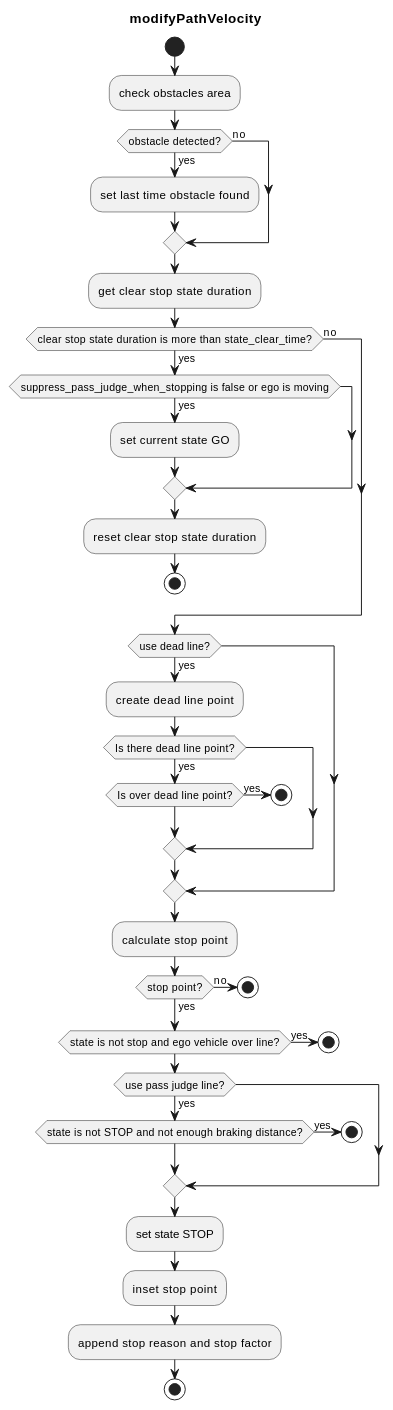
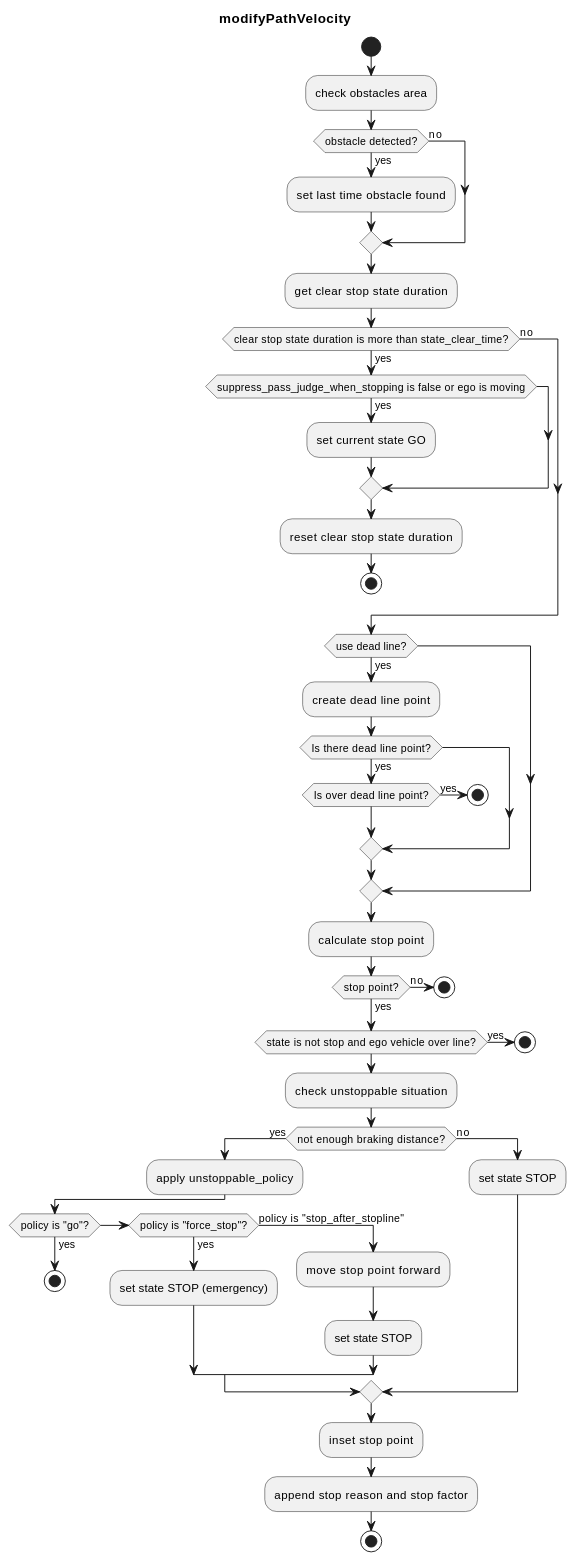
The diagram in planning/behavior_velocity_planner/autoware_behavior_velocity_detection_area_module/README.md (tier4/autoware_universe), drawn with PlantUML before and after one commit. The commit also changed other lines of this file and 4 other files, not shown here.

````diff
--- a/planning/behavior_velocity_planner/autoware_behavior_velocity_detection_area_module/README.md
+++ b/planning/behavior_velocity_planner/autoware_behavior_velocity_detection_area_module/README.md
@@ -61,59 +64,68 @@
 ```plantuml
 @startuml
 title modifyPathVelocity
 start
 
 :check obstacles area;
 
 if (obstacle detected?) then (no)
 else (yes)
   :set last time obstacle found;
 endif
 
 :get clear stop state duration;
 
 if (clear stop state duration is more than state_clear_time?) then (yes)
   if (suppress_pass_judge_when_stopping is false or ego is moving) then (yes)
     :set current state GO;
   endif
   :reset clear stop state duration;
   stop
 else (no)
 endif
 
 if (use dead line?) then (yes)
   :create dead line point;
   if (Is there dead line point?) then (yes)
     if (Is over dead line point?) then (yes)
       stop
     endif
   endif
 endif
 
 :calculate stop point;
 
 if (stop point?) then (yes)
 else (no)
   stop
 endif
 
 
 if (state is not stop and ego vehicle over line?) then (yes)
   stop
 endif
 
-if (use pass judge line?) then (yes)
-  if (state is not STOP and not enough braking distance?) then (yes)
+:check unstoppable situation;
+
+if (not enough braking distance?) then (yes)
+  :apply unstoppable_policy;
+
+  if (policy is "go"?) then (yes)
     stop
+  else if (policy is "force_stop"?) then (yes)
+    :set state STOP (emergency);
+  else (policy is "stop_after_stopline")
+    :move stop point forward;
+    :set state STOP;
   endif
+else (no)
+  :set state STOP;
 endif
-
-:set state STOP;
 
 :inset stop point;
 
 :append stop reason and stop factor;
 
 stop
 @enduml
 ```
````
